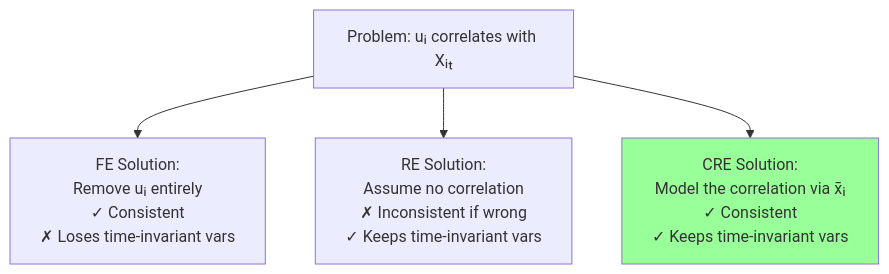
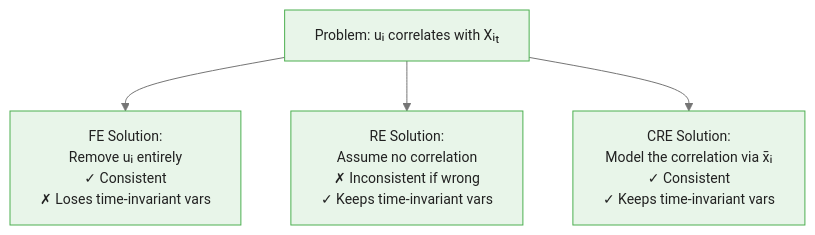
One commit to m-deane/course-creator changed the first of 4 diagrams in courses/panel-regression/modules/module_03_random_effects/guides/03_correlated_random_effects_slides.md. Above: the diagram before and after it, drawn with Mermaid. The commit also changed other lines of this file and 79 other files, not shown here.

````diff
--- a/courses/panel-regression/modules/module_03_random_effects/guides/03_correlated_random_effects_slides.md
+++ b/courses/panel-regression/modules/module_03_random_effects/guides/03_correlated_random_effects_slides.md
@@ -44,9 +58,8 @@
 ```mermaid
+%%{init: {"theme": "base", "themeVariables": {"primaryColor": "#e8f5e9", "primaryBorderColor": "#4caf50", "primaryTextColor": "#212121", "secondaryColor": "#e3f2fd", "tertiaryColor": "#fff8e1", "lineColor": "#757575", "fontFamily": "Inter, sans-serif", "fontSize": "14px"}}}%%
 flowchart TD
     PROBLEM["Problem: uᵢ correlates with Xᵢₜ"]
     PROBLEM --> FE["FE Solution:<br/>Remove uᵢ entirely<br/>✓ Consistent<br/>✗ Loses time-invariant vars"]
     PROBLEM --> RE["RE Solution:<br/>Assume no correlation<br/>✗ Inconsistent if wrong<br/>✓ Keeps time-invariant vars"]
     PROBLEM --> CRE["CRE Solution:<br/>Model the correlation via x̄ᵢ<br/>✓ Consistent<br/>✓ Keeps time-invariant vars"]
-
-    style CRE fill:#9f9
 ```
````
